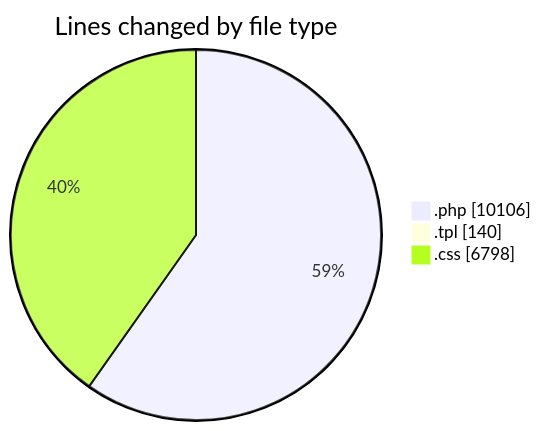
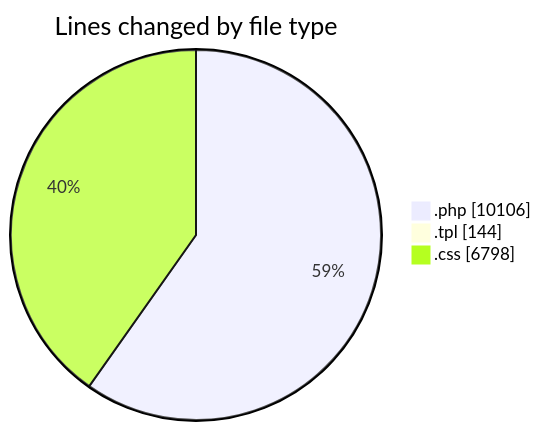
Before and after one commit to vahidmafi/code-tracking: the first of 2 diagrams in 2025-10-04/shop/README.md, drawn with Mermaid. The commit also changed other lines of this file and 1 other file, not shown here.

````diff
--- a/2025-10-04/shop/README.md
+++ b/2025-10-04/shop/README.md
@@ -39,7 +39,7 @@
 ```mermaid
 pie showData
 title Lines changed by file type
 ".php" : 10106
-".tpl" : 140
+".tpl" : 144
 ".css" : 6798
 ```
````
